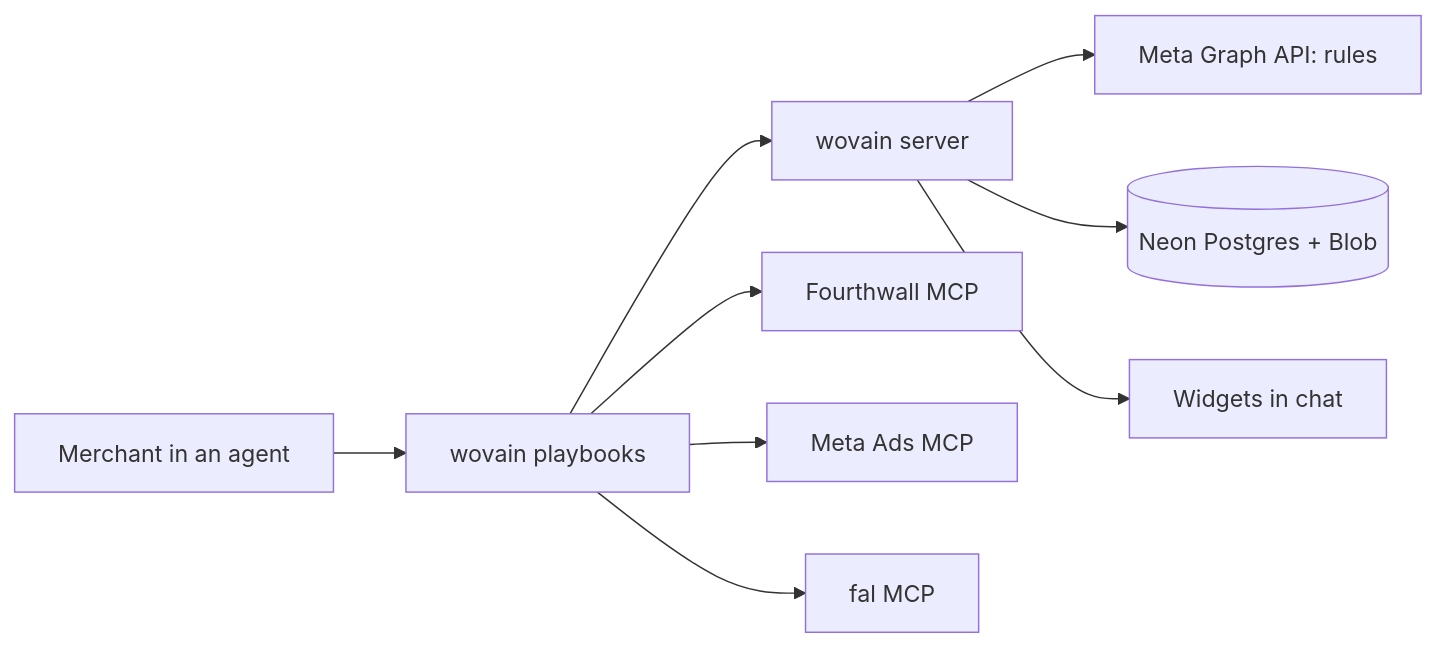
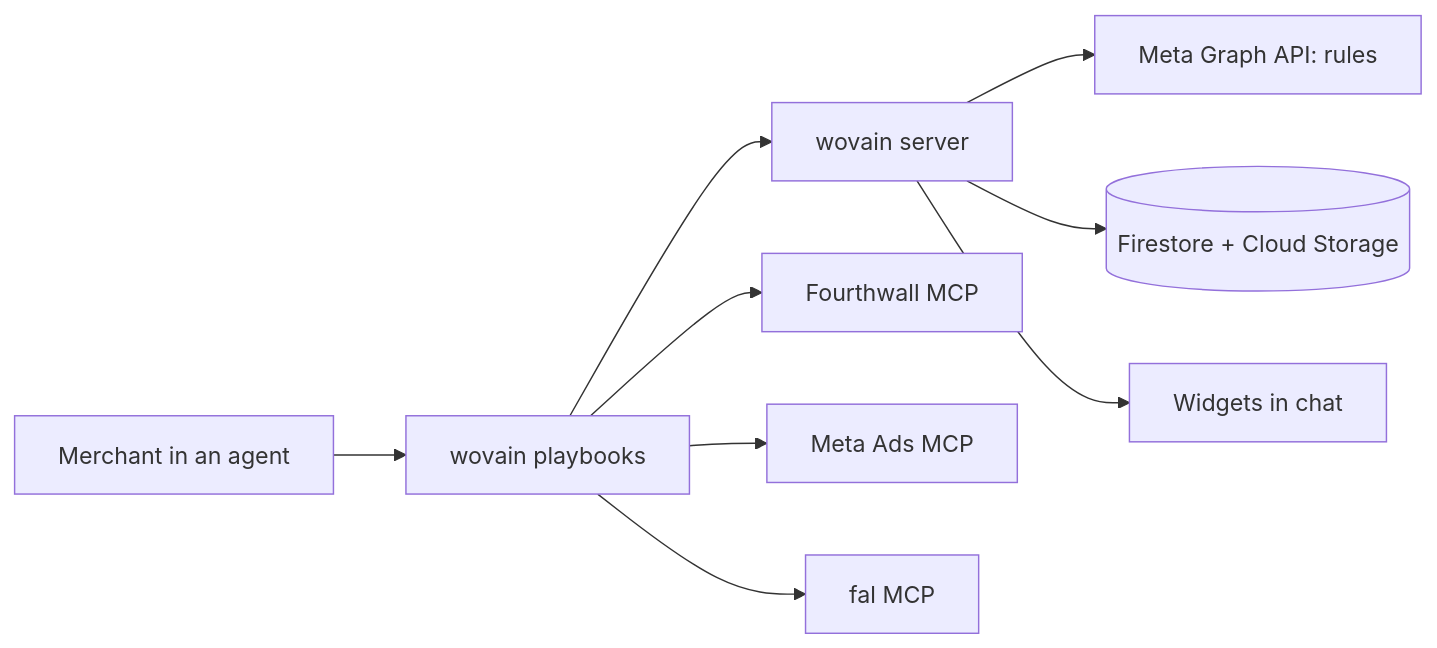
The diagram in docs/spec.md (sami-m-g/wovain), drawn with Mermaid before and after one commit. The commit also changed other lines of this file and 98 other files, not shown here.

````diff
--- a/docs/spec.md
+++ b/docs/spec.md
@@ -39,11 +39,11 @@
 ```mermaid
 flowchart LR
   U[Merchant in an agent] --> P[wovain playbooks]
   P --> W[wovain server]
   P --> FW[Fourthwall MCP]
   P --> MA[Meta Ads MCP]
   P --> FAL[fal MCP]
   W --> G[Meta Graph API: rules]
-  W --> J[(Neon Postgres + Blob)]
+  W --> J[(Firestore + Cloud Storage)]
   W --> C[Widgets in chat]
 ```
````
